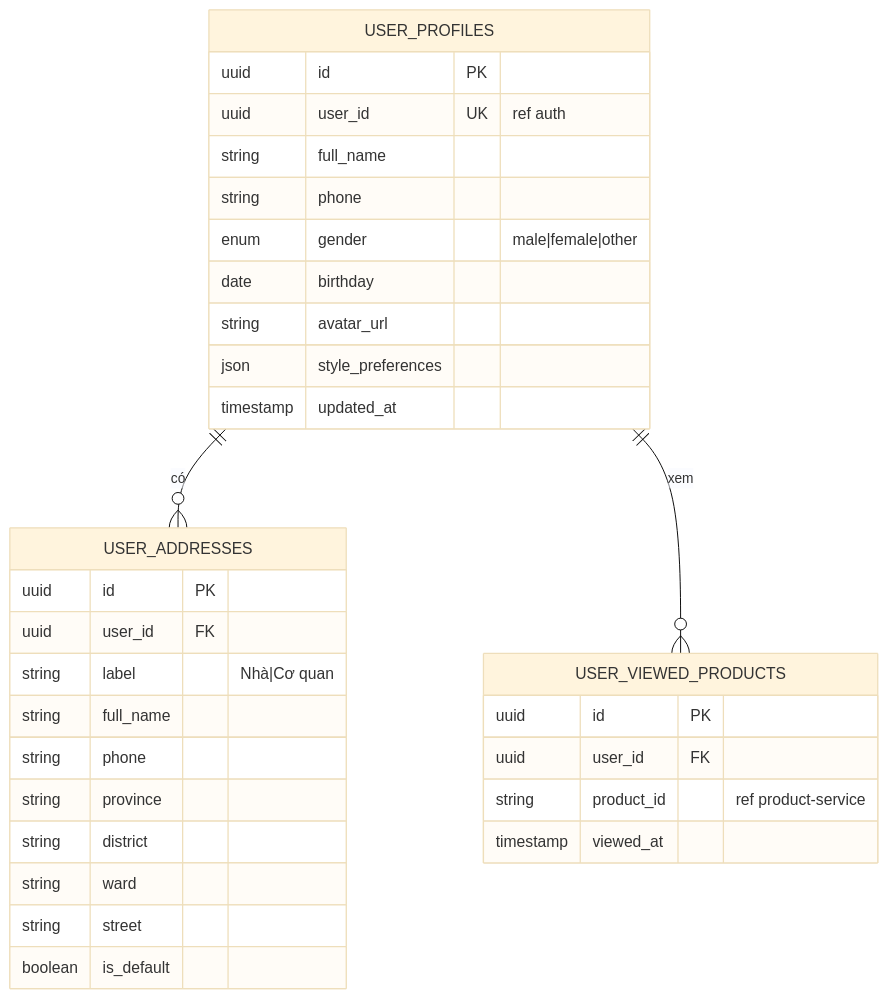
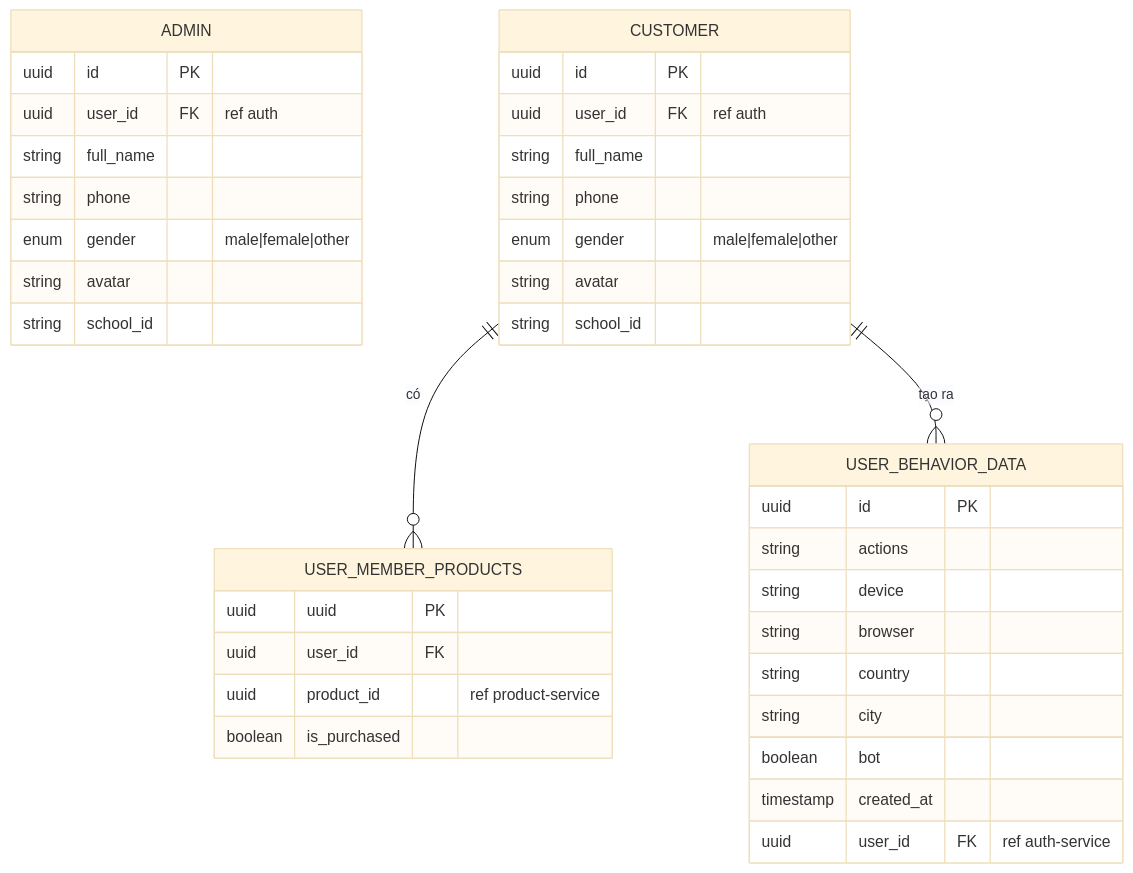
The second of 8 diagrams in my-app/microservice-architecture.md (nguyenhuynhphuongloc/AdvanceTechnology), drawn with Mermaid (base theme) before and after one commit. The commit also changed other lines of this file and 15 other files, not shown here.

````diff
--- a/my-app/microservice-architecture.md
+++ b/my-app/microservice-architecture.md
@@ -299,35 +300,41 @@
 ```mermaid
 erDiagram
-    USER_PROFILES {
+    ADMIN {
         uuid    id              PK
-        uuid    user_id         UK "ref auth"
+        uuid    user_id         FK      "ref auth"
         string  full_name
         string  phone
         enum    gender          "male|female|other"
-        date    birthday
-        string  avatar_url
-        json    style_preferences
-        timestamp updated_at
+        string  avatar
+        string  school_id
     }
-    USER_ADDRESSES {
-        uuid    id          PK
-        uuid    user_id     FK
-        string  label       "Nhà|Cơ quan"
+    CUSTOMER {
+        uuid    id              PK
+        uuid    user_id         FK      "ref auth"
         string  full_name
         string  phone
-        string  province
-        string  district
-        string  ward
-        string  street
-        boolean is_default
+        enum    gender          "male|female|other"
+        string  avatar
+        string  school_id
     }
-    USER_VIEWED_PRODUCTS {
-        uuid    id          PK
-        uuid    user_id     FK
-        string  product_id  "ref product-service"
-        timestamp viewed_at
+    USER_MEMBER_PRODUCTS {
+        uuid    uuid            PK
+        uuid    user_id         FK
+        uuid    product_id      "ref product-service"
+        boolean is_purchased
     }
-    USER_PROFILES ||--o{ USER_ADDRESSES       : "có"
-    USER_PROFILES ||--o{ USER_VIEWED_PRODUCTS : "xem"
+    USER_BEHAVIOR_DATA {
+        uuid    id              PK
+        string  actions
+        string  device
+        string  browser
+        string  country
+        string  city
+        boolean bot
+        timestamp created_at
+        uuid    user_id         FK      "ref auth-service"
+    }
+    CUSTOMER ||--o{ USER_MEMBER_PRODUCTS  : "có"
+    CUSTOMER ||--o{ USER_BEHAVIOR_DATA    : "tạo ra"
 
 ```
````
